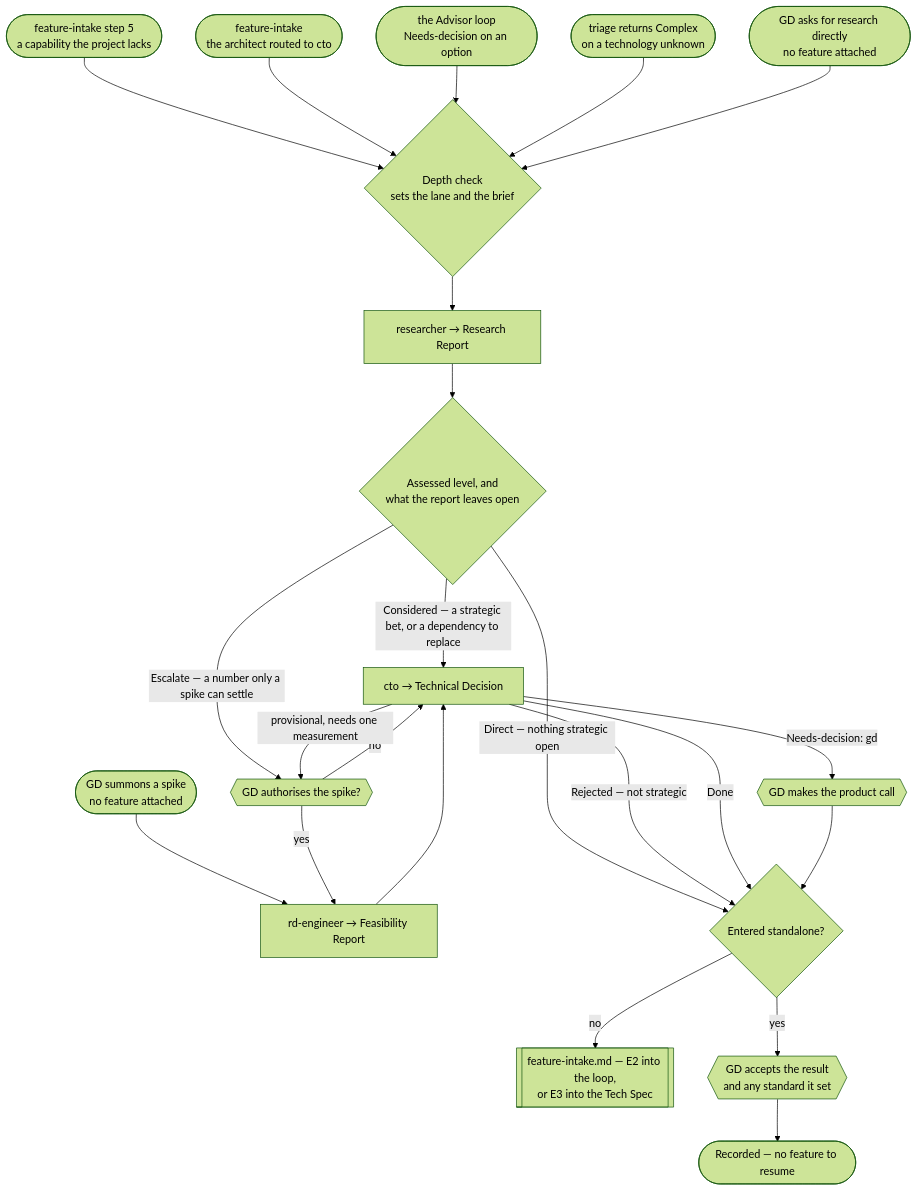
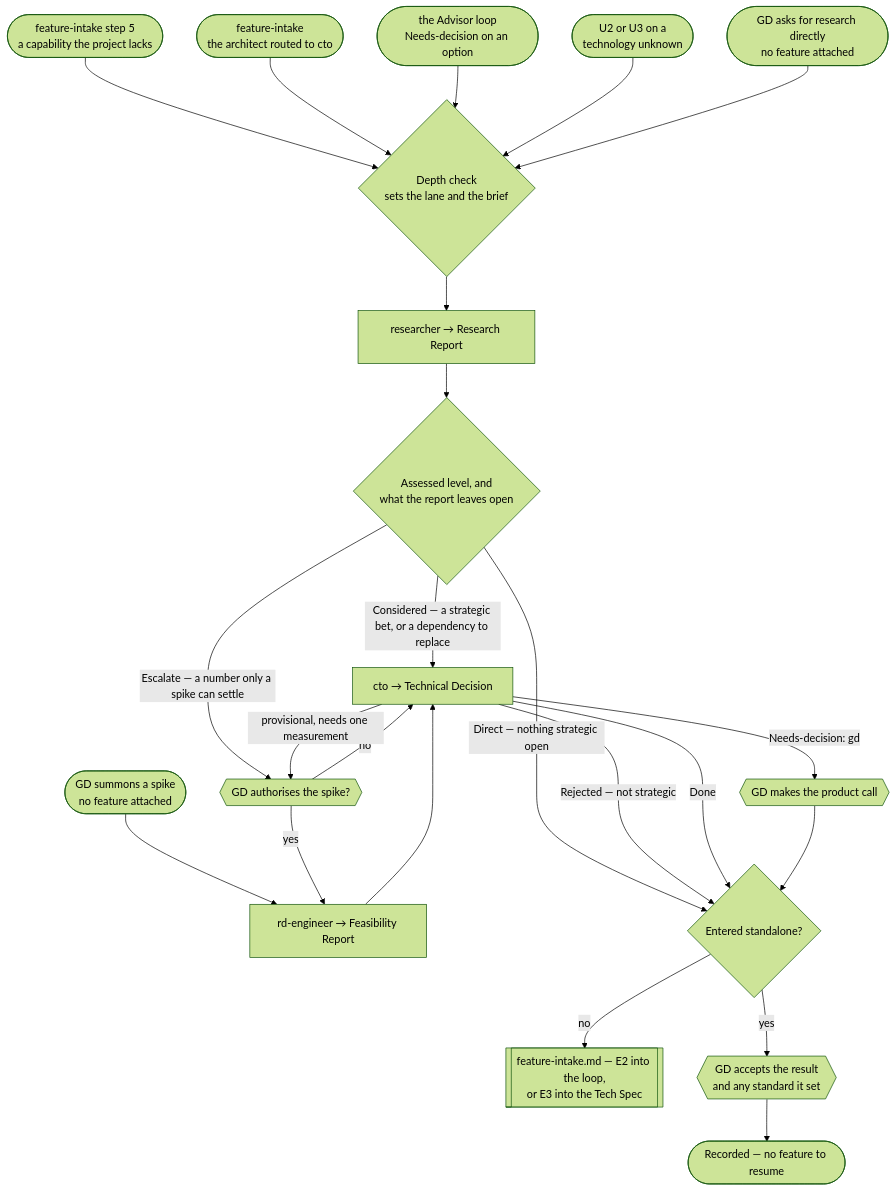
One commit to PhuNguyen182/AI-For-Game-Development changed the diagram in .claude/workflows/research-decision.md. Above: the diagram before and after it, drawn with Mermaid (forest theme). The commit also changed other lines of this file and 9 other files, not shown here.

````diff
--- a/.claude/workflows/research-decision.md
+++ b/.claude/workflows/research-decision.md
@@ -53,30 +58,30 @@
 ```mermaid
 flowchart TD
     E1([feature-intake step 5<br/>a capability the project lacks]) --> Depth
     E2([feature-intake<br/>the architect routed to cto]) --> Depth
     E3([the Advisor loop<br/>Needs-decision on an option]) --> Depth
-    E4([triage returns Complex<br/>on a technology unknown]) --> Depth
+    E4([U2 or U3 on a<br/>technology unknown]) --> Depth
     E5([GD asks for research directly<br/>no feature attached]) --> Depth
     E6([GD summons a spike<br/>no feature attached]) --> RD[rd-engineer → Feasibility Report]
 
     Depth{Depth check<br/>sets the lane and the brief} --> Res[researcher → Research Report]
     Res --> RQ{Assessed level, and<br/>what the report leaves open}
 
     RQ -->|"Direct — nothing strategic open"| Exit{Entered standalone?}
     RQ -->|"Considered — a strategic bet, or a dependency to replace"| Cto[cto → Technical Decision]
     RQ -->|"Escalate — a number only a spike can settle"| Ask{{GD authorises the spike?}}
 
     Ask -->|no| Cto
     Ask -->|yes| RD
     RD --> Cto
 
     Cto -->|"Rejected — not strategic"| Exit
     Cto -->|"provisional, needs one measurement"| Ask
     Cto -->|"Needs-decision: gd"| GDCall{{GD makes the product call}}
     Cto -->|Done| Exit
 
     GDCall --> Exit
     Exit -->|no| Back[[feature-intake.md — E2 into the loop,<br/>or E3 into the Tech Spec]]
     Exit -->|yes| CPX{{GD accepts the result<br/>and any standard it set}}
     CPX --> Stop([Recorded — no feature to resume])
 ```
````
